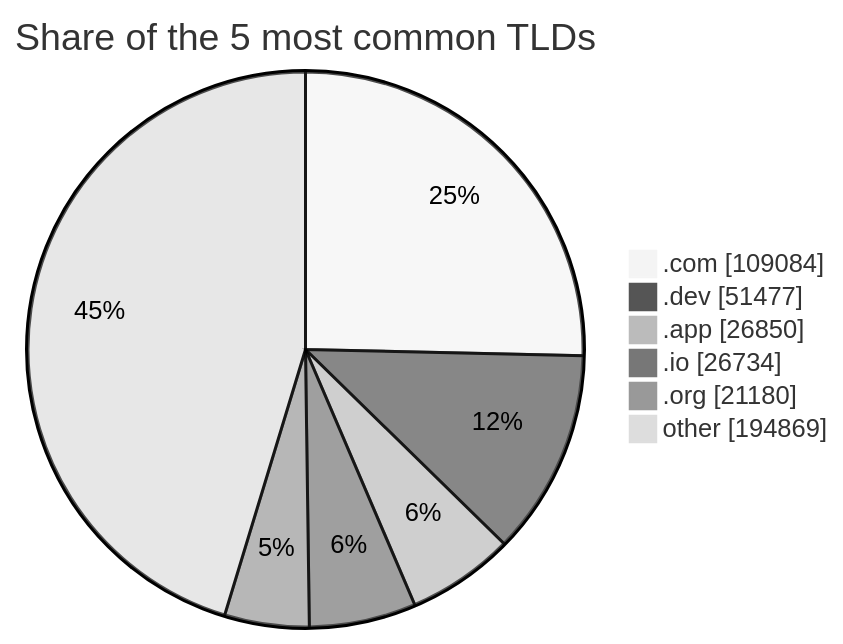
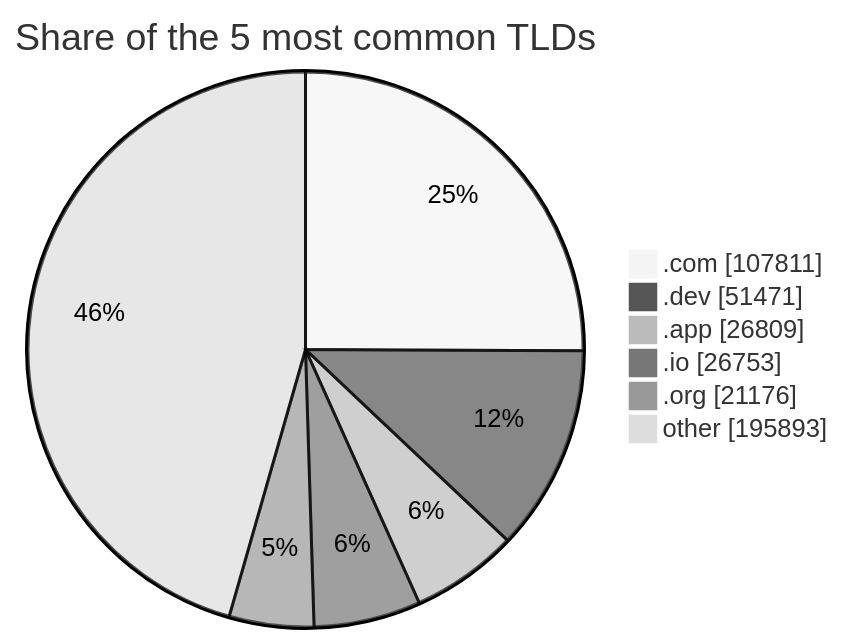
One commit to DNSBunker/CTI changed the third of 3 diagrams in README.md. Above: the diagram before and after it, drawn with Mermaid (neutral theme). The commit also changed other lines of this file and 3 other files, not shown here.

````diff
--- a/README.md
+++ b/README.md
@@ -81,9 +81,9 @@
 ```mermaid
 pie showData title Share of the 5 most common TLDs
-    ".com" : 109084
-    ".dev" : 51477
-    ".app" : 26850
-    ".io" : 26734
-    ".org" : 21180
-    "other" : 194869
+    ".com" : 107811
+    ".dev" : 51471
+    ".app" : 26809
+    ".io" : 26753
+    ".org" : 21176
+    "other" : 195893
 ```
````
